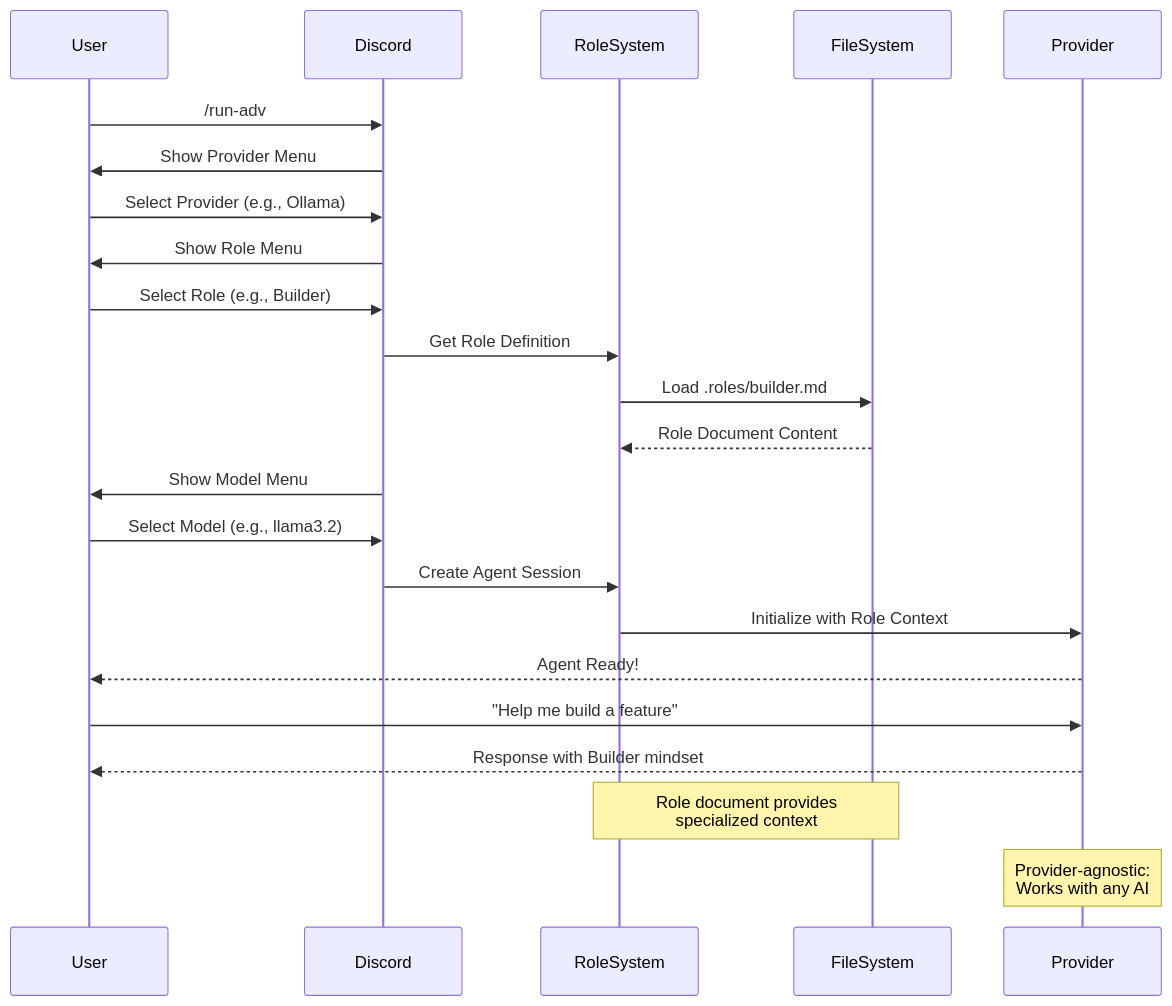
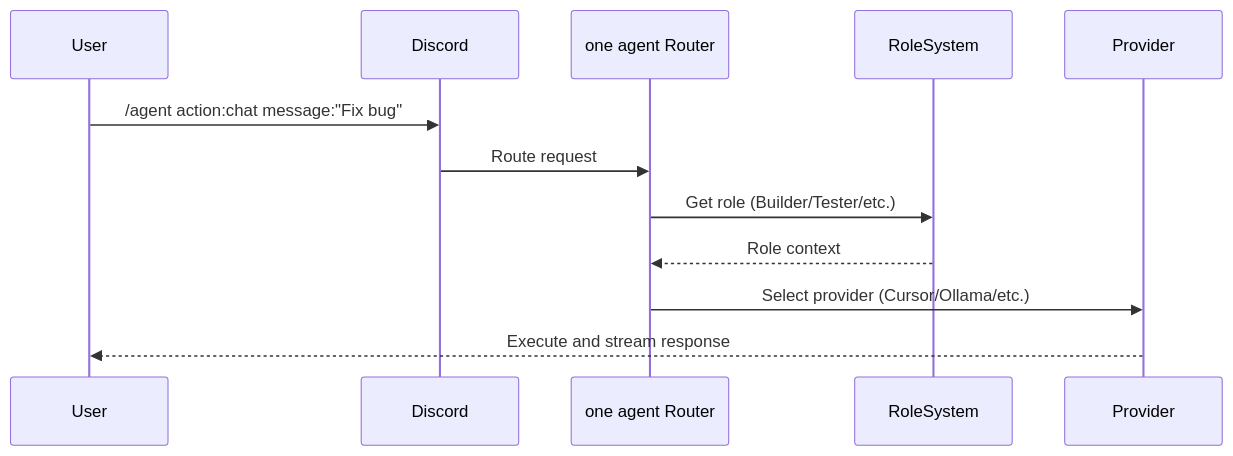
The third of 6 diagrams in docs/AGENT-ROLE-SYSTEM.md (jessesep/claude-code-discord), drawn with Mermaid before and after one commit. The commit also changed other lines of this file and 37 other files, not shown here.

First line of the commit message:
refactor: rebrand to 'one agent' across codebase

````diff
--- a/docs/AGENT-ROLE-SYSTEM.md
+++ b/docs/AGENT-ROLE-SYSTEM.md
@@ -114,27 +134,15 @@
 ```mermaid
 sequenceDiagram
     participant User
     participant Discord
+    participant Router as one agent Router
     participant RoleSystem
-    participant FileSystem
     participant Provider
     
-    User->>Discord: /run-adv
-    Discord->>User: Show Provider Menu
-    User->>Discord: Select Provider (e.g., Ollama)
-    Discord->>User: Show Role Menu
-    User->>Discord: Select Role (e.g., Builder)
-    Discord->>RoleSystem: Get Role Definition
-    RoleSystem->>FileSystem: Load .roles/builder.md
-    FileSystem-->>RoleSystem: Role Document Content
-    Discord->>User: Show Model Menu
-    User->>Discord: Select Model (e.g., llama3.2)
-    Discord->>RoleSystem: Create Agent Session
-    RoleSystem->>Provider: Initialize with Role Context
-    Provider-->>User: Agent Ready!
-    User->>Provider: "Help me build a feature"
-    Provider-->>User: Response with Builder mindset
-    
-    Note over RoleSystem,FileSystem: Role document provides<br/>specialized context
-    Note over Provider: Provider-agnostic:<br/>Works with any AI
+    User->>Discord: /agent action:chat message:"Fix bug"
+    Discord->>Router: Route request
+    Router->>RoleSystem: Get role (Builder/Tester/etc.)
+    RoleSystem-->>Router: Role context
+    Router->>Provider: Select provider (Cursor/Ollama/etc.)
+    Provider-->>User: Execute and stream response
 ```
````
